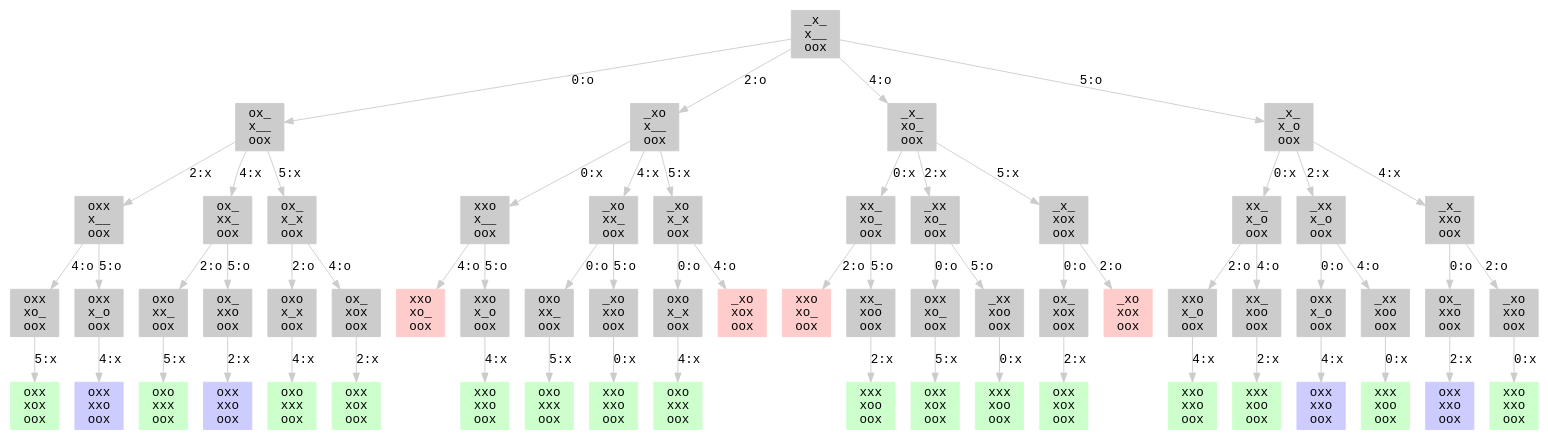
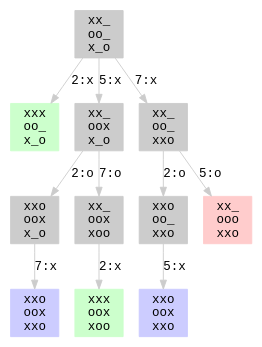
Before and after one commit to labepi/class-ai: the diagram in reinforcement/data/tictactoe/sample.dot, drawn with Graphviz. The commit also changed 1 other file, not shown here.

```diff
--- a/reinforcement/data/tictactoe/sample.dot
+++ b/reinforcement/data/tictactoe/sample.dot
@@ -1,126 +1,26 @@
 digraph {
   fontname="Monospace"
   node [shape=box,fontname="Monospace",style=filled]
   edge [fontname="Monospace",color="#cccccc"]
-  1 [label="_x_\nx__\noox",color="#cccccc"]
-  2 [label="ox_\nx__\noox",color="#cccccc"]
-  3 [label="oxx\nx__\noox",color="#cccccc"]
-  4 [label="oxx\nxo_\noox",color="#cccccc"]
-  5 [label="oxx\nxox\noox",color="#ccffcc"]
-  6 [label="oxx\nx_o\noox",color="#cccccc"]
-  7 [label="oxx\nxxo\noox",color="#ccccff"]
-  8 [label="ox_\nxx_\noox",color="#cccccc"]
-  9 [label="oxo\nxx_\noox",color="#cccccc"]
-  10 [label="oxo\nxxx\noox",color="#ccffcc"]
-  11 [label="ox_\nxxo\noox",color="#cccccc"]
-  12 [label="oxx\nxxo\noox",color="#ccccff"]
-  13 [label="ox_\nx_x\noox",color="#cccccc"]
-  14 [label="oxo\nx_x\noox",color="#cccccc"]
-  15 [label="oxo\nxxx\noox",color="#ccffcc"]
-  16 [label="ox_\nxox\noox",color="#cccccc"]
-  17 [label="oxx\nxox\noox",color="#ccffcc"]
-  18 [label="_xo\nx__\noox",color="#cccccc"]
-  19 [label="xxo\nx__\noox",color="#cccccc"]
-  20 [label="xxo\nxo_\noox",color="#ffcccc"]
-  21 [label="xxo\nx_o\noox",color="#cccccc"]
-  22 [label="xxo\nxxo\noox",color="#ccffcc"]
-  23 [label="_xo\nxx_\noox",color="#cccccc"]
-  24 [label="oxo\nxx_\noox",color="#cccccc"]
-  25 [label="oxo\nxxx\noox",color="#ccffcc"]
-  26 [label="_xo\nxxo\noox",color="#cccccc"]
-  27 [label="xxo\nxxo\noox",color="#ccffcc"]
-  28 [label="_xo\nx_x\noox",color="#cccccc"]
-  29 [label="oxo\nx_x\noox",color="#cccccc"]
-  30 [label="oxo\nxxx\noox",color="#ccffcc"]
-  31 [label="_xo\nxox\noox",color="#ffcccc"]
-  32 [label="_x_\nxo_\noox",color="#cccccc"]
-  33 [label="xx_\nxo_\noox",color="#cccccc"]
-  34 [label="xxo\nxo_\noox",color="#ffcccc"]
-  35 [label="xx_\nxoo\noox",color="#cccccc"]
-  36 [label="xxx\nxoo\noox",color="#ccffcc"]
-  37 [label="_xx\nxo_\noox",color="#cccccc"]
-  38 [label="oxx\nxo_\noox",color="#cccccc"]
-  39 [label="oxx\nxox\noox",color="#ccffcc"]
-  40 [label="_xx\nxoo\noox",color="#cccccc"]
-  41 [label="xxx\nxoo\noox",color="#ccffcc"]
-  42 [label="_x_\nxox\noox",color="#cccccc"]
-  43 [label="ox_\nxox\noox",color="#cccccc"]
-  44 [label="oxx\nxox\noox",color="#ccffcc"]
-  45 [label="_xo\nxox\noox",color="#ffcccc"]
-  46 [label="_x_\nx_o\noox",color="#cccccc"]
-  47 [label="xx_\nx_o\noox",color="#cccccc"]
-  48 [label="xxo\nx_o\noox",color="#cccccc"]
-  49 [label="xxo\nxxo\noox",color="#ccffcc"]
-  50 [label="xx_\nxoo\noox",color="#cccccc"]
-  51 [label="xxx\nxoo\noox",color="#ccffcc"]
-  52 [label="_xx\nx_o\noox",color="#cccccc"]
-  53 [label="oxx\nx_o\noox",color="#cccccc"]
-  54 [label="oxx\nxxo\noox",color="#ccccff"]
-  55 [label="_xx\nxoo\noox",color="#cccccc"]
-  56 [label="xxx\nxoo\noox",color="#ccffcc"]
-  57 [label="_x_\nxxo\noox",color="#cccccc"]
-  58 [label="ox_\nxxo\noox",color="#cccccc"]
-  59 [label="oxx\nxxo\noox",color="#ccccff"]
-  60 [label="_xo\nxxo\noox",color="#cccccc"]
-  61 [label="xxo\nxxo\noox",color="#ccffcc"]
-  1 -> 2 [label="0:o"]
-  1 -> 18 [label="2:o"]
-  1 -> 32 [label="4:o"]
-  1 -> 46 [label="5:o"]
-  2 -> 3 [label="2:x"]
-  2 -> 8 [label="4:x"]
-  2 -> 13 [label="5:x"]
-  3 -> 4 [label="4:o"]
-  3 -> 6 [label="5:o"]
-  4 -> 5 [label="5:x"]
-  6 -> 7 [label="4:x"]
+  1 [label="xx_\noo_\nx_o",color="#cccccc"]
+  2 [label="xxx\noo_\nx_o",color="#ccffcc"]
+  3 [label="xx_\noox\nx_o",color="#cccccc"]
+  4 [label="xxo\noox\nx_o",color="#cccccc"]
+  5 [label="xxo\noox\nxxo",color="#ccccff"]
+  6 [label="xx_\noox\nxoo",color="#cccccc"]
+  7 [label="xxx\noox\nxoo",color="#ccffcc"]
+  8 [label="xx_\noo_\nxxo",color="#cccccc"]
+  9 [label="xxo\noo_\nxxo",color="#cccccc"]
+  10 [label="xxo\noox\nxxo",color="#ccccff"]
+  11 [label="xx_\nooo\nxxo",color="#ffcccc"]
+  1 -> 2 [label="2:x"]
+  1 -> 3 [label="5:x"]
+  1 -> 8 [label="7:x"]
+  3 -> 4 [label="2:o"]
+  3 -> 6 [label="7:o"]
+  4 -> 5 [label="7:x"]
+  6 -> 7 [label="2:x"]
   8 -> 9 [label="2:o"]
   8 -> 11 [label="5:o"]
   9 -> 10 [label="5:x"]
-  11 -> 12 [label="2:x"]
-  13 -> 14 [label="2:o"]
-  13 -> 16 [label="4:o"]
-  14 -> 15 [label="4:x"]
-  16 -> 17 [label="2:x"]
-  18 -> 19 [label="0:x"]
-  18 -> 23 [label="4:x"]
-  18 -> 28 [label="5:x"]
-  19 -> 20 [label="4:o"]
-  19 -> 21 [label="5:o"]
-  21 -> 22 [label="4:x"]
-  23 -> 24 [label="0:o"]
-  23 -> 26 [label="5:o"]
-  24 -> 25 [label="5:x"]
-  26 -> 27 [label="0:x"]
-  28 -> 29 [label="0:o"]
-  28 -> 31 [label="4:o"]
-  29 -> 30 [label="4:x"]
-  32 -> 33 [label="0:x"]
-  32 -> 37 [label="2:x"]
-  32 -> 42 [label="5:x"]
-  33 -> 34 [label="2:o"]
-  33 -> 35 [label="5:o"]
-  35 -> 36 [label="2:x"]
-  37 -> 38 [label="0:o"]
-  37 -> 40 [label="5:o"]
-  38 -> 39 [label="5:x"]
-  40 -> 41 [label="0:x"]
-  42 -> 43 [label="0:o"]
-  42 -> 45 [label="2:o"]
-  43 -> 44 [label="2:x"]
-  46 -> 47 [label="0:x"]
-  46 -> 52 [label="2:x"]
-  46 -> 57 [label="4:x"]
-  47 -> 48 [label="2:o"]
-  47 -> 50 [label="4:o"]
-  48 -> 49 [label="4:x"]
-  50 -> 51 [label="2:x"]
-  52 -> 53 [label="0:o"]
-  52 -> 55 [label="4:o"]
-  53 -> 54 [label="4:x"]
-  55 -> 56 [label="0:x"]
-  57 -> 58 [label="0:o"]
-  57 -> 60 [label="2:o"]
-  58 -> 59 [label="2:x"]
-  60 -> 61 [label="0:x"]
 }
```
